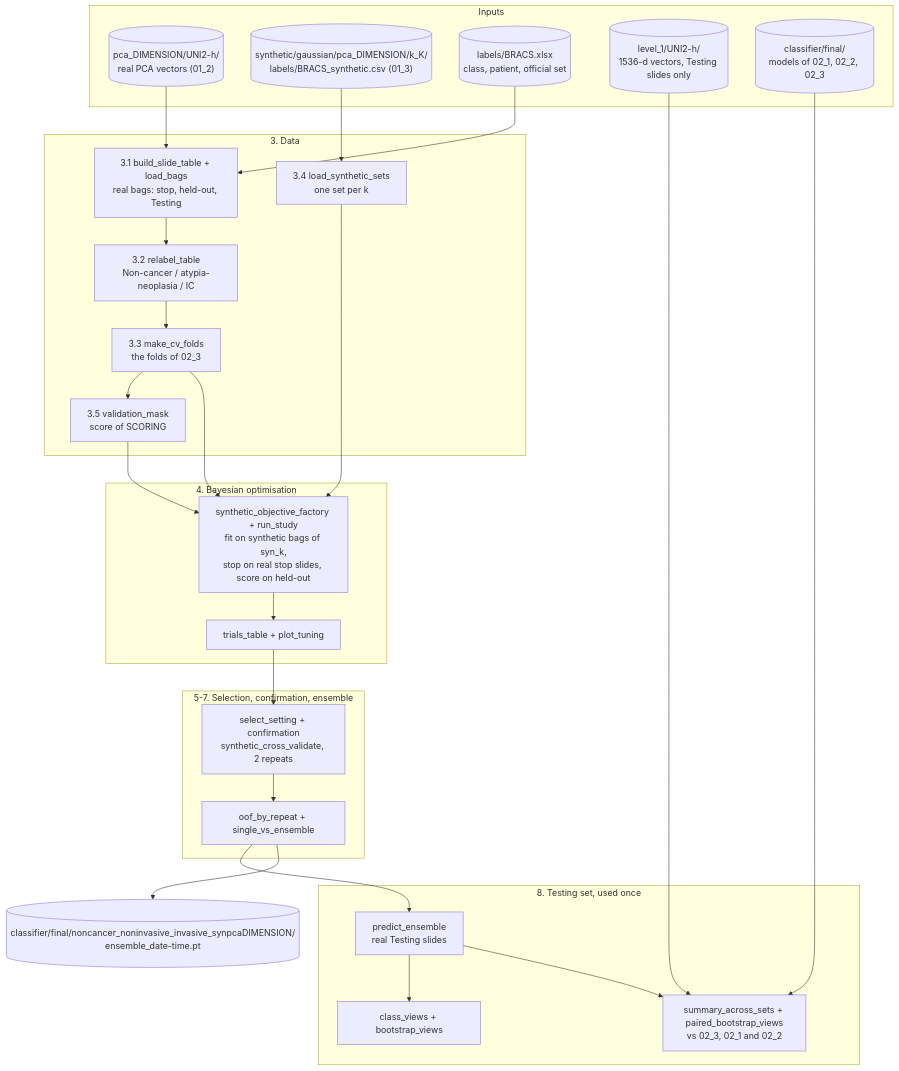
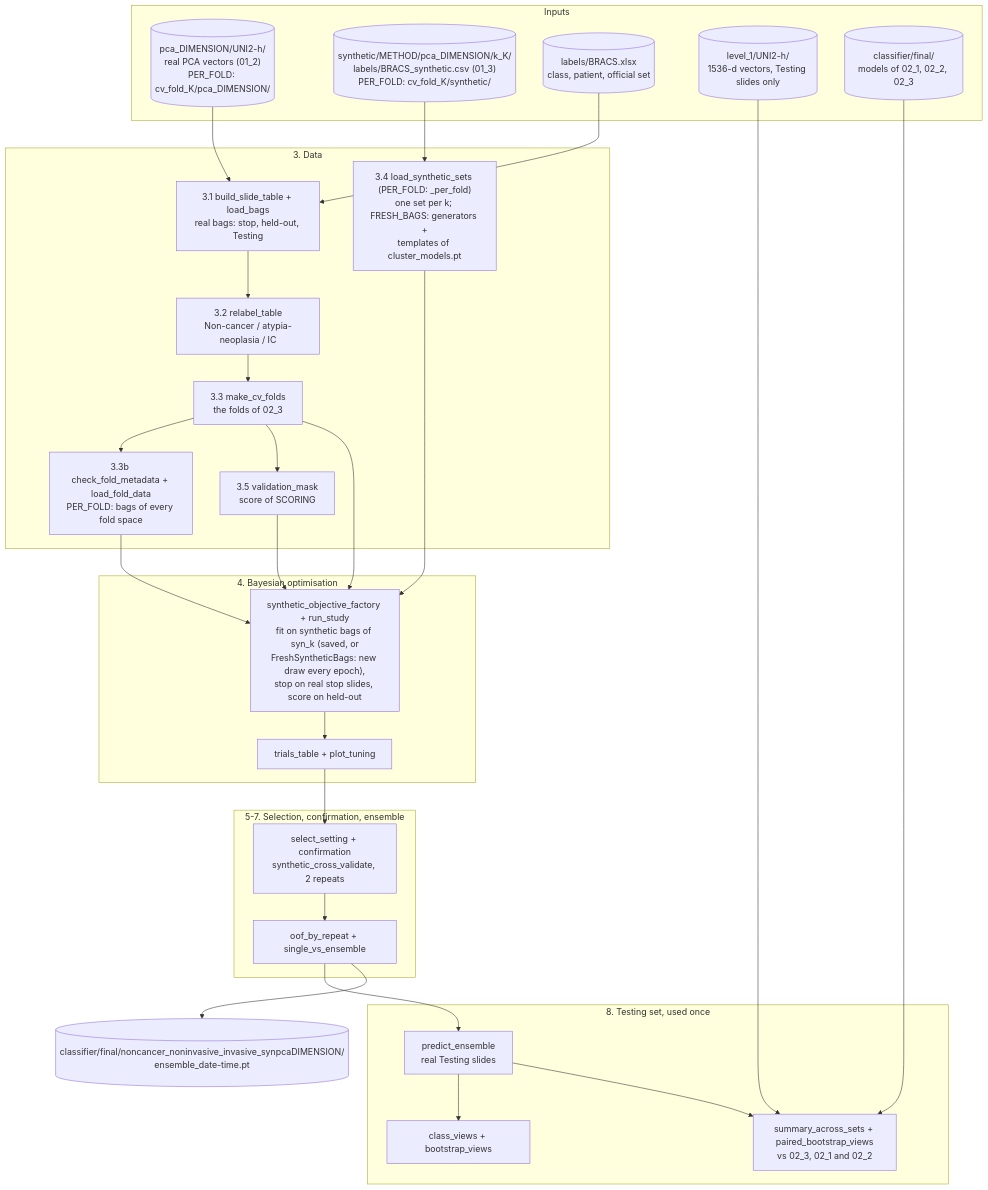
The ninth of 10 diagrams in README.md (guisazevedo/phd_streamembed), drawn with Mermaid before and after one commit. The commit also changed other lines of this file and 32 other files, not shown here.

````diff
--- a/README.md
+++ b/README.md
@@ -562,50 +577,53 @@
 ```mermaid
 flowchart TD
     subgraph IN["Inputs"]
-        PCA[("pca_DIMENSION/UNI2-h/<br/>real PCA vectors (01_2)")]
-        SYN[("synthetic/gaussian/pca_DIMENSION/k_K/<br/>labels/BRACS_synthetic.csv (01_3)")]
+        PCA[("pca_DIMENSION/UNI2-h/<br/>real PCA vectors (01_2)<br/>PER_FOLD: cv_fold_K/pca_DIMENSION/")]
+        SYN[("synthetic/METHOD/pca_DIMENSION/k_K/<br/>labels/BRACS_synthetic.csv (01_3)<br/>PER_FOLD: cv_fold_K/synthetic/")]
         LAB[("labels/BRACS.xlsx<br/>class, patient, official set")]
         FULL[("level_1/UNI2-h/<br/>1536-d vectors, Testing slides only")]
         OLD[("classifier/final/<br/>models of 02_1, 02_2, 02_3")]
     end
 
     subgraph S3["3. Data"]
         D1["3.1 build_slide_table + load_bags<br/>real bags: stop, held-out, Testing"]
         D2["3.2 relabel_table<br/>Non-cancer / atypia-neoplasia / IC"]
         D3["3.3 make_cv_folds<br/>the folds of 02_3"]
-        D4["3.4 load_synthetic_sets<br/>one set per k"]
+        D3b["3.3b check_fold_metadata + load_fold_data<br/>PER_FOLD: bags of every fold space"]
+        D4["3.4 load_synthetic_sets (PER_FOLD: _per_fold)<br/>one set per k; FRESH_BAGS: generators +<br/>templates of cluster_models.pt"]
         D5["3.5 validation_mask<br/>score of SCORING"]
     end
 
     subgraph S4["4. Bayesian optimisation"]
-        B1["synthetic_objective_factory + run_study<br/>fit on synthetic bags of syn_k,<br/>stop on real stop slides, score on held-out"]
+        B1["synthetic_objective_factory + run_study<br/>fit on synthetic bags of syn_k (saved, or<br/>FreshSyntheticBags: new draw every epoch),<br/>stop on real stop slides, score on held-out"]
         B2["trials_table + plot_tuning"]
     end
 
     subgraph S5["5-7. Selection, confirmation, ensemble"]
         C1["select_setting + confirmation<br/>synthetic_cross_validate, 2 repeats"]
         N1["oof_by_repeat + single_vs_ensemble"]
     end
 
     subgraph S8["8. Testing set, used once"]
         E1["predict_ensemble<br/>real Testing slides"]
         E2["class_views + bootstrap_views"]
         E3["summary_across_sets + paired_bootstrap_views<br/>vs 02_3, 02_1 and 02_2"]
     end
 
     OUT[("classifier/final/noncancer_noninvasive_invasive_synpcaDIMENSION/<br/>ensemble_date-time.pt")]
 
     PCA --> D1
     LAB --> D1
     D1 --> D2 --> D3
     SYN --> D4
+    D3 --> D3b
+    D3b --> B1
     D3 --> D5
     D3 --> B1
     D4 --> B1
     D5 --> B1
     B1 --> B2 --> C1 --> N1 --> E1 --> E2
     E1 --> E3
     OLD --> E3
     FULL --> E3
     N1 --> OUT
 ```
````
